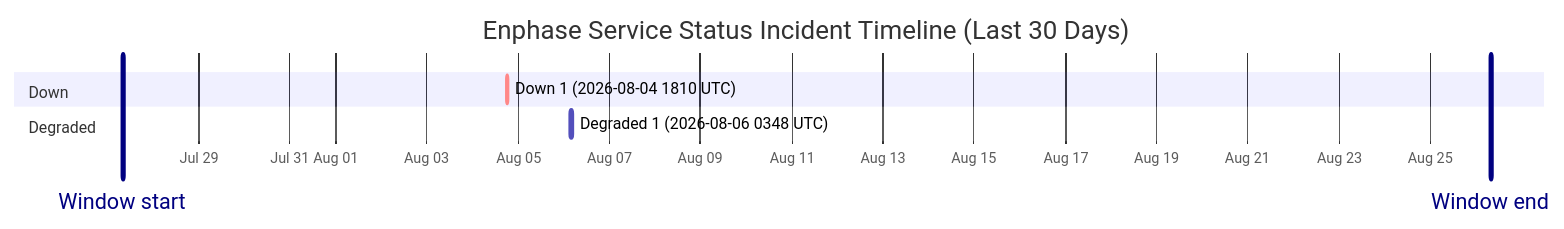
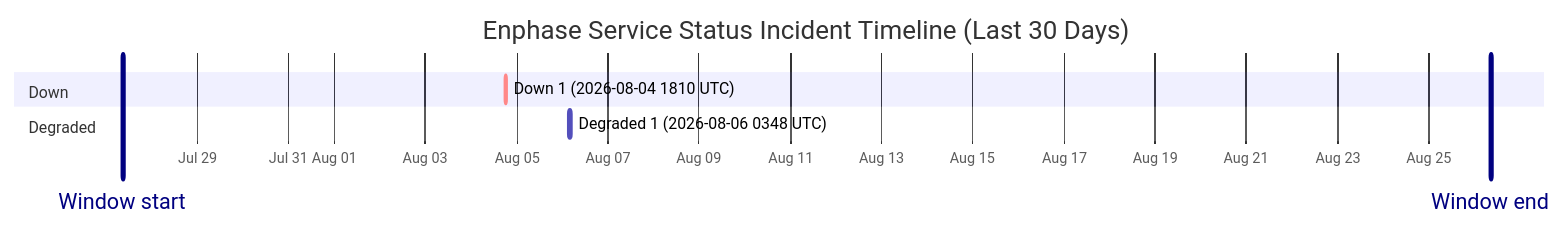
One commit to barneyonline/ha-enphase-energy changed the diagram in wiki/Service-Status-History.md. Above: the diagram before and after it, drawn with Mermaid. The commit also changed other lines of this file and 3 other files, not shown here.

````diff
--- a/wiki/Service-Status-History.md
+++ b/wiki/Service-Status-History.md
@@ -14,12 +14,12 @@
 ```mermaid
 gantt
     title Enphase Service Status Incident Timeline (Last 30 Days)
     dateFormat  YYYY-MM-DDTHH:mm:ss
     axisFormat  %b %d
-    Window start :vert, window-start, 2026-07-27T07:43:23, 0ms
-    Window end :vert, window-end, 2026-08-26T07:43:23, 0ms
+    Window start :vert, window-start, 2026-07-27T08:40:12, 0ms
+    Window end :vert, window-end, 2026-08-26T08:40:12, 0ms
     section Down
     Down 1 (2026-08-04 1810 UTC) :crit, down-1, 2026-08-04T18:10:46, 60m
     section Degraded
     Degraded 1 (2026-08-06 0348 UTC) :active, degraded-1, 2026-08-06T03:48:14, 60m
 ```
````
